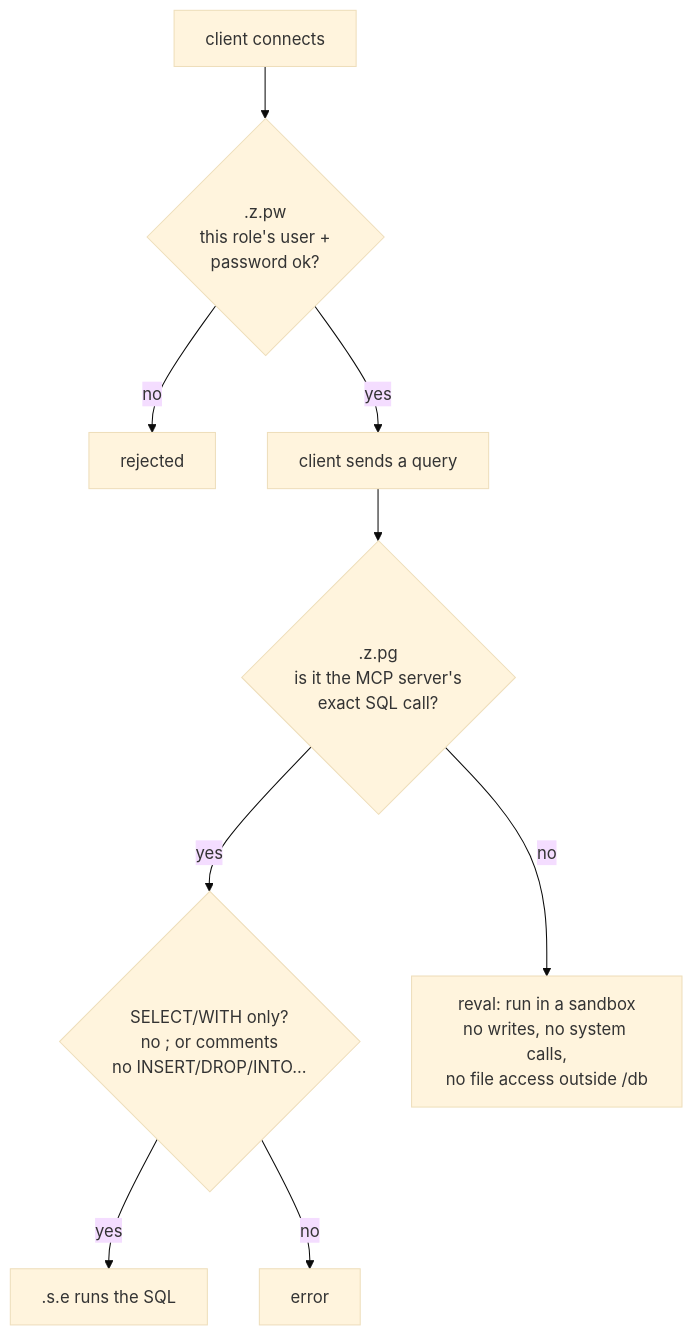
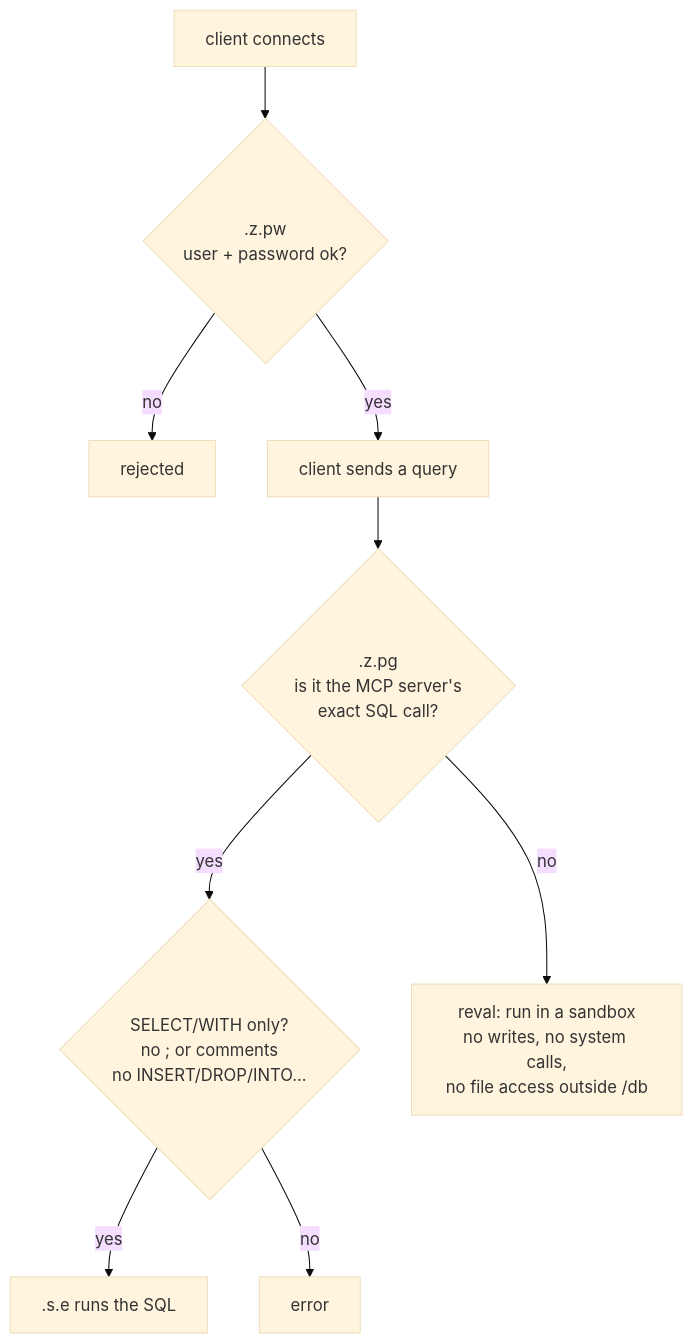
Before and after one commit to ronozh/kdb-ai-chat: the diagram in doc/02-kdb.md, drawn with Mermaid (base theme). The commit also changed other lines of this file and 10 other files, not shown here.

````diff
--- a/doc/02-kdb.md
+++ b/doc/02-kdb.md
@@ -156,10 +155,10 @@
 ```mermaid
 flowchart TD
-    C[client connects] --> PW{".z.pw<br/>this role's user +<br/>password ok?"}
+    C[client connects] --> PW{".z.pw<br/>user + password ok?"}
     PW -- no --> X[rejected]
     PW -- yes --> Q[client sends a query] --> PG{".z.pg<br/>is it the MCP server's<br/>exact SQL call?"}
     PG -- yes --> RO{"SELECT/WITH only?<br/>no ; or comments<br/>no INSERT/DROP/INTO..."}
     RO -- yes --> SQL[".s.e runs the SQL"]
     RO -- no --> E1[error]
     PG -- no --> RV["reval: run in a sandbox<br/>no writes, no system calls,<br/>no file access outside /db"]
 ```
````
